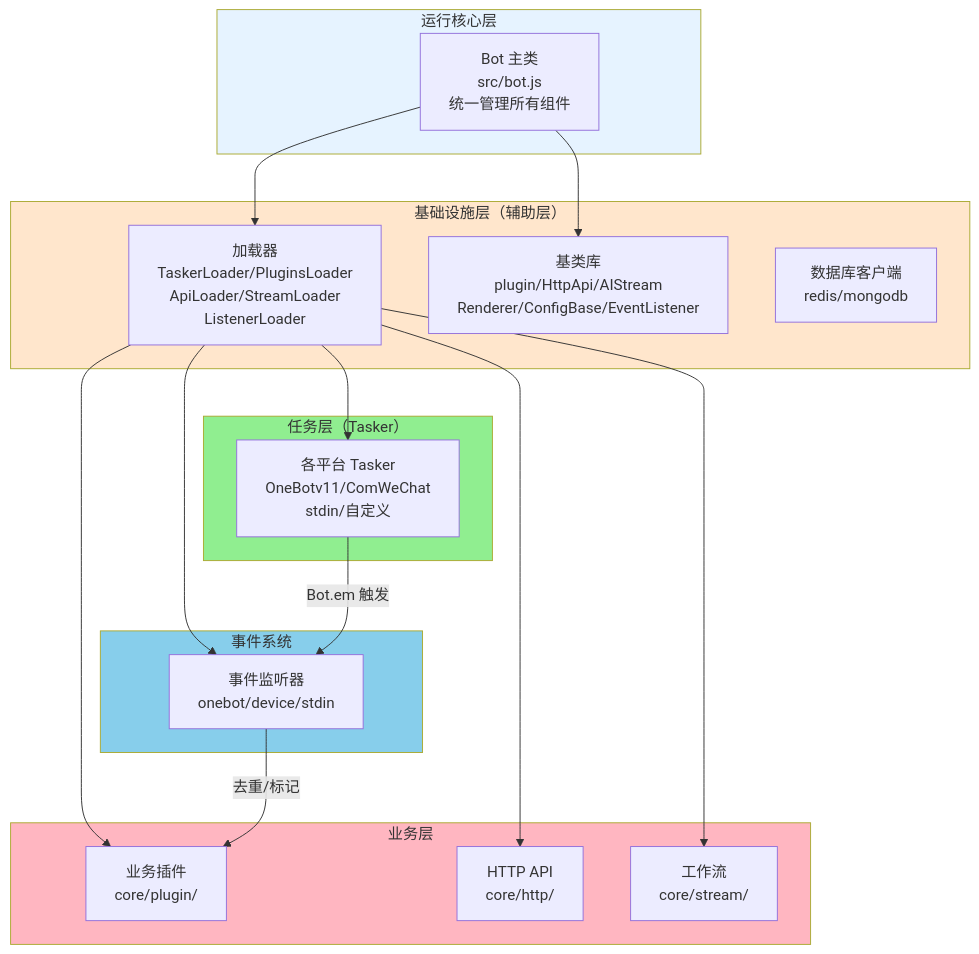
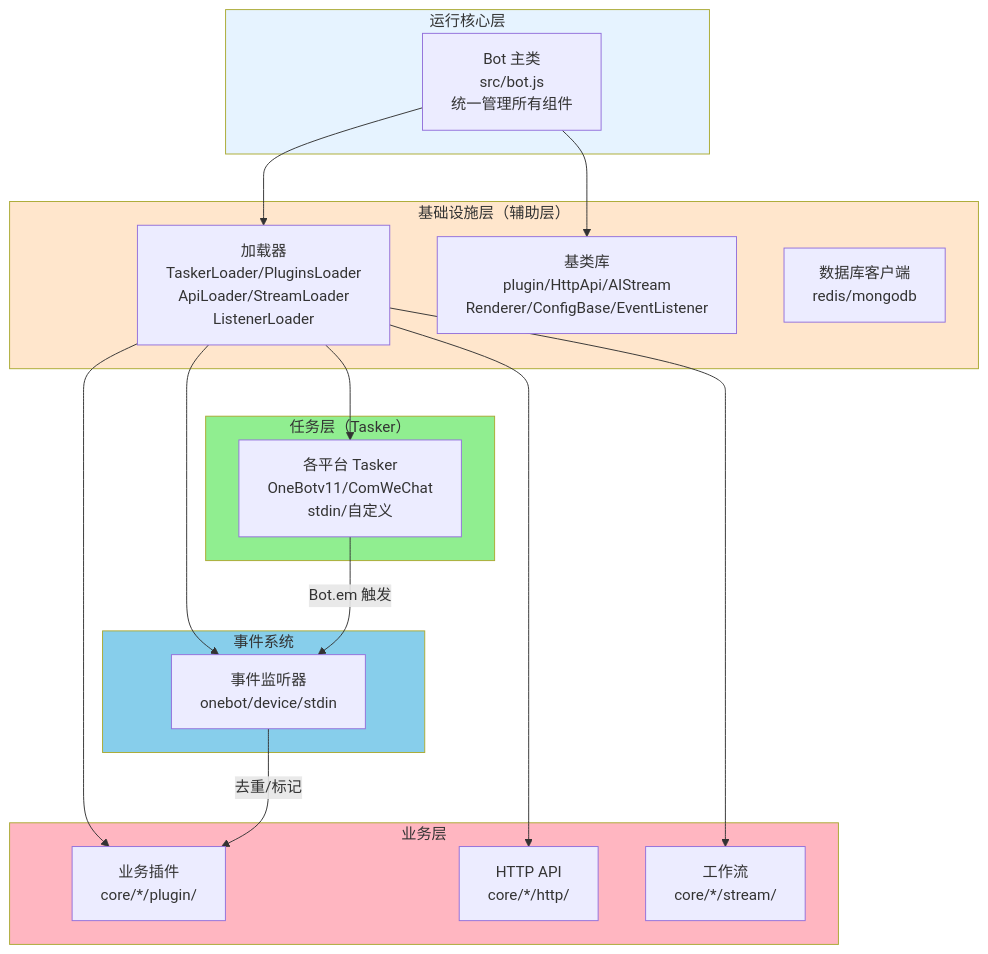
Before and after one commit to sunflowermm/XRK-AGT: the fourth of 9 diagrams in docs/完整文档.md, drawn with Mermaid. The commit also changed other lines of this file and 116 other files, not shown here.

````diff
--- a/docs/完整文档.md
+++ b/docs/完整文档.md
@@ -186,42 +186,42 @@
 ```mermaid
 flowchart TB
     subgraph Runtime["运行核心层"]
       Bot["Bot 主类<br/>src/bot.js<br/>统一管理所有组件"]
     end
 
     subgraph Infrastructure["基础设施层（辅助层）"]
       Loaders["加载器<br/>TaskerLoader/PluginsLoader<br/>ApiLoader/StreamLoader<br/>ListenerLoader"]
       BaseClasses["基类库<br/>plugin/HttpApi/AIStream<br/>Renderer/ConfigBase/EventListener"]
       DB["数据库客户端<br/>redis/mongodb"]
     end
 
     subgraph Tasker["任务层（Tasker）"]
       Taskers["各平台 Tasker<br/>OneBotv11/ComWeChat<br/>stdin/自定义"]
     end
 
     subgraph EventSystem["事件系统"]
       Listeners["事件监听器<br/>onebot/device/stdin"]
     end
 
     subgraph Business["业务层"]
-      Plugins["业务插件<br/>core/plugin/"]
-      HttpApis["HTTP API<br/>core/http/"]
-      Streams["工作流<br/>core/stream/"]
+      Plugins["业务插件<br/>core/*/plugin/"]
+      HttpApis["HTTP API<br/>core/*/http/"]
+      Streams["工作流<br/>core/*/stream/"]
     end
 
     Bot --> Loaders
     Bot --> BaseClasses
     Loaders --> Taskers
     Loaders --> Listeners
     Loaders --> Plugins
     Loaders --> HttpApis
     Loaders --> Streams
     Taskers -->|Bot.em 触发| Listeners
     Listeners -->|去重/标记| Plugins
     
     style Runtime fill:#E6F3FF
     style Infrastructure fill:#FFE6CC
     style Tasker fill:#90EE90
     style EventSystem fill:#87CEEB
     style Business fill:#FFB6C1
 ```
````
